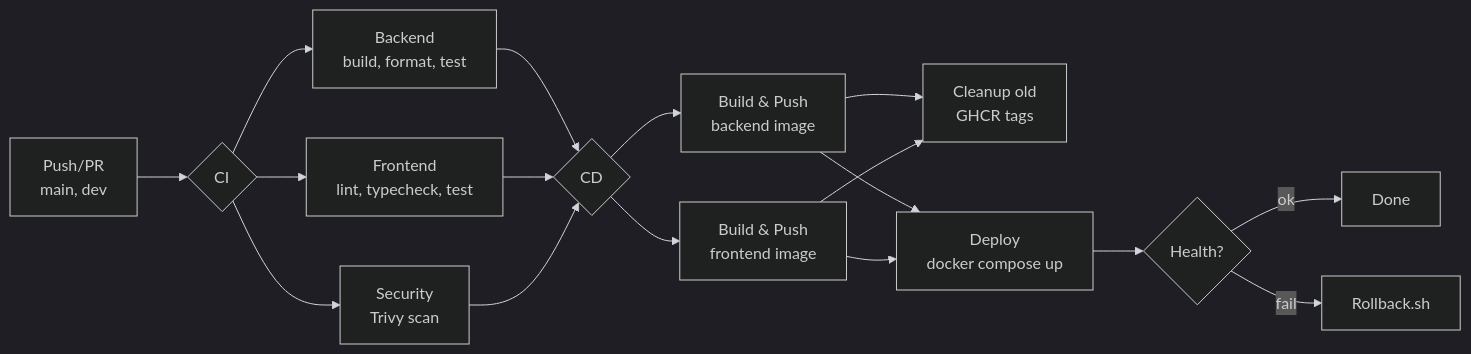
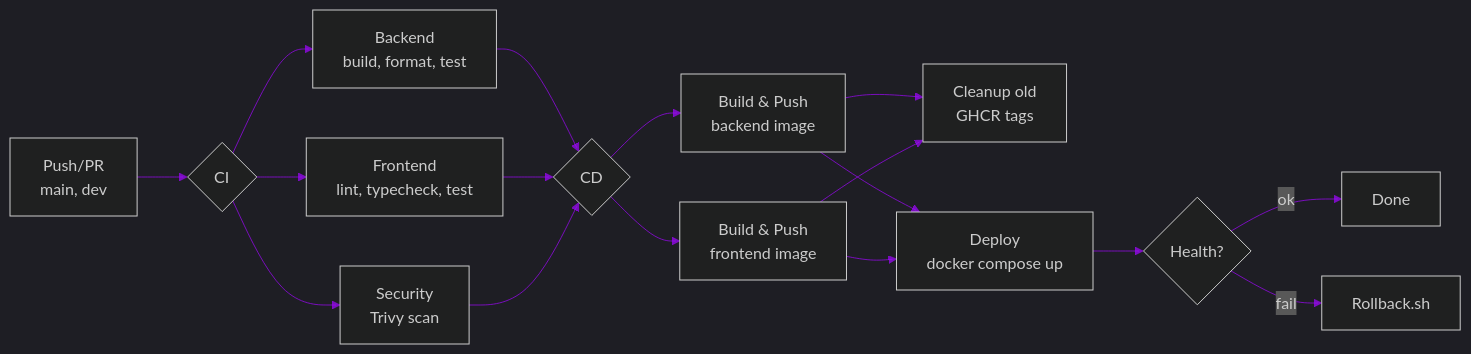
The diagram in .github/Deployment.md (alanarzumanjan/SmartAnimalShelter), drawn with Mermaid before and after one commit.

Commit message:
Theme change

````diff
--- a/.github/Deployment.md
+++ b/.github/Deployment.md
@@ -89,24 +89,24 @@
 ```mermaid
 %%{init: {
   'theme': 'dark',
   'themeVariables': {
     'background': 'transparent',
     'primaryBorderColor': '#9f08fdb2',
-    'lineColor': '#d1d5db',
+    'lineColor': '#9f08fdb2',
     'tertiaryColor': '#1e1e1e'
   }
 }}%%
 flowchart LR
     A[Push/PR<br/>main, dev] --> B{CI}
     B --> C[Backend<br/>build, format, test]
     B --> D[Frontend<br/>lint, typecheck, test]
     B --> E[Security<br/>Trivy scan]
     C & D & E --> F{CD}
     F --> G[Build & Push<br/>backend image]
     F --> H[Build & Push<br/>frontend image]
     G & H --> I[Cleanup old<br/>GHCR tags]
     G & H --> J[Deploy<br/>docker compose up]
     J --> K{Health?}
     K -->|ok| L[Done]
     K -->|fail| M[Rollback.sh]
 ```
````
